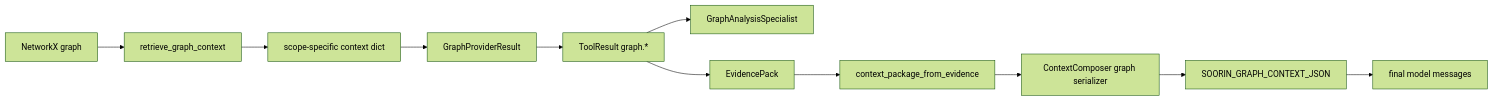
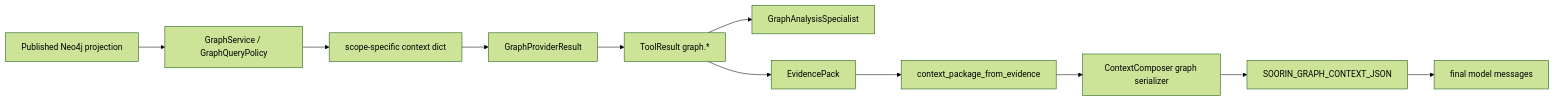
Before and after one commit to alirzx/Soorin_Copilot: the fourth of 6 diagrams in docs/INTERNAL_EVIDENCE_TO_MODEL_CONTEXT_AUDIT.md, drawn with Mermaid (forest theme). The commit also changed other lines of this file and 25 other files, not shown here.

Commit message:
fix(copilot): harden memory continuity and graph UI refresh

````diff
--- a/docs/INTERNAL_EVIDENCE_TO_MODEL_CONTEXT_AUDIT.md
+++ b/docs/INTERNAL_EVIDENCE_TO_MODEL_CONTEXT_AUDIT.md
@@ -248,13 +248,13 @@
 ```mermaid
 flowchart LR
-    A[NetworkX graph] --> B[retrieve_graph_context]
+    A[Published Neo4j projection] --> B[GraphService / GraphQueryPolicy]
     B --> C[scope-specific context dict]
     C --> D[GraphProviderResult]
     D --> E[ToolResult graph.*]
     E --> F[GraphAnalysisSpecialist]
     E --> G[EvidencePack]
     G --> H[context_package_from_evidence]
     H --> I[ContextComposer graph serializer]
     I --> J[SOORIN_GRAPH_CONTEXT_JSON]
     J --> M[final model messages]
 ```
````
